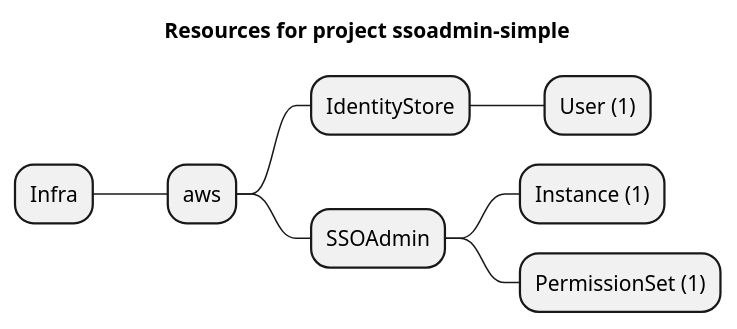
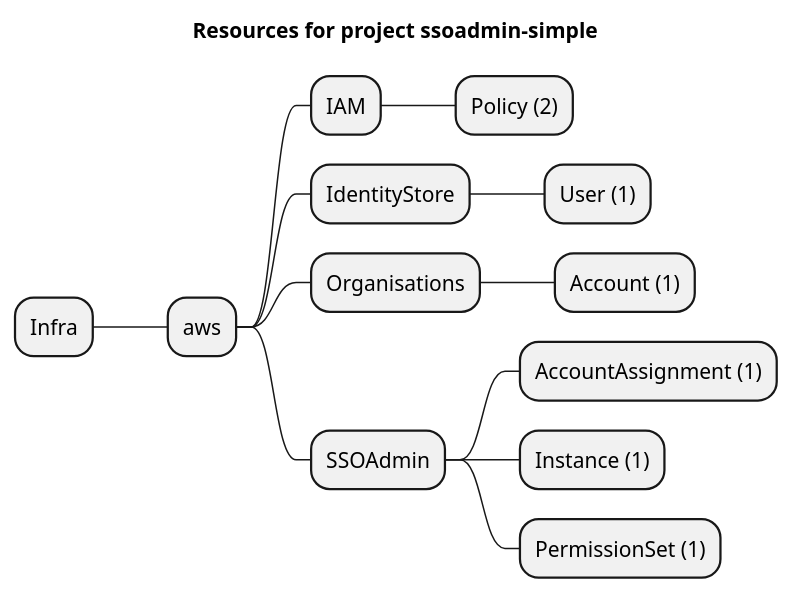
One commit to grucloud/grucloud changed the diagram in examples/aws/SSOAdmin/ssoadmin-simple/artifacts/resources-mindmap.puml. Above: the diagram before and after it, drawn with PlantUML. The commit also changed 13 other files, not shown here.

```diff
--- a/examples/aws/SSOAdmin/ssoadmin-simple/artifacts/resources-mindmap.puml
+++ b/examples/aws/SSOAdmin/ssoadmin-simple/artifacts/resources-mindmap.puml
@@ -1,11 +1,16 @@
 @startmindmap
 title Resources for project ssoadmin-simple
 skinparam monochrome true
 + Infra
 ++ aws
++++ IAM
+++++ Policy (2)
 +++ IdentityStore
 ++++ User (1)
++++ Organisations
+++++ Account (1)
 +++ SSOAdmin
+++++ AccountAssignment (1)
 ++++ Instance (1)
 ++++ PermissionSet (1)
 @endmindmap
```
